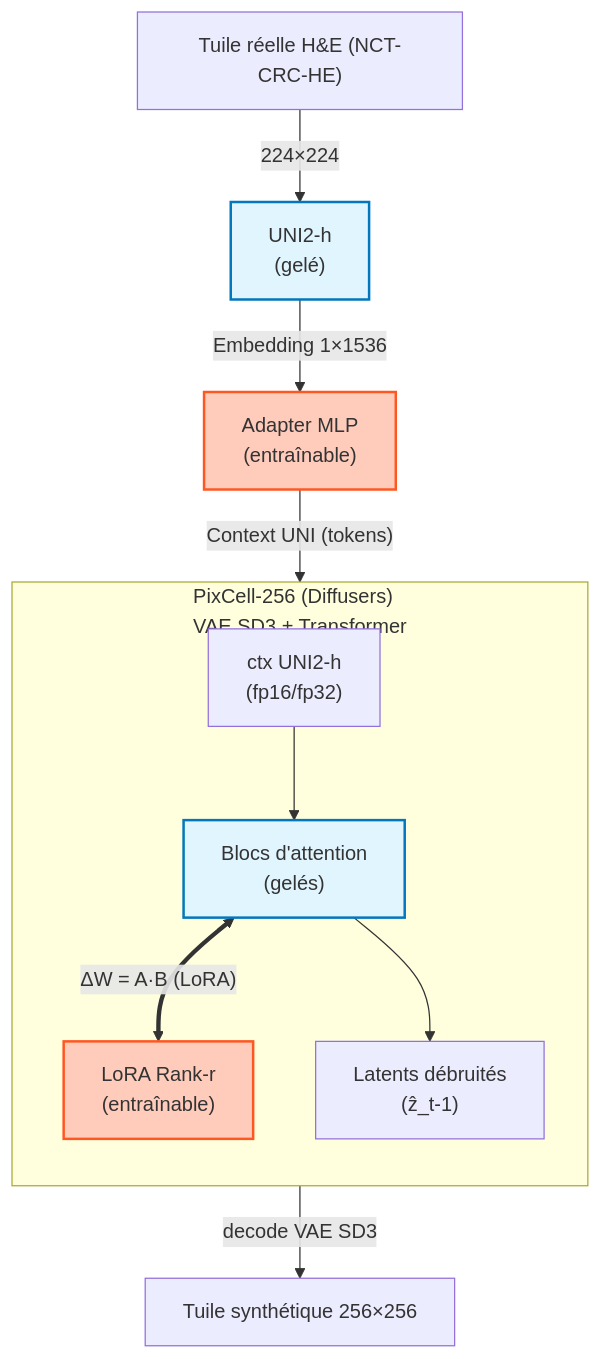
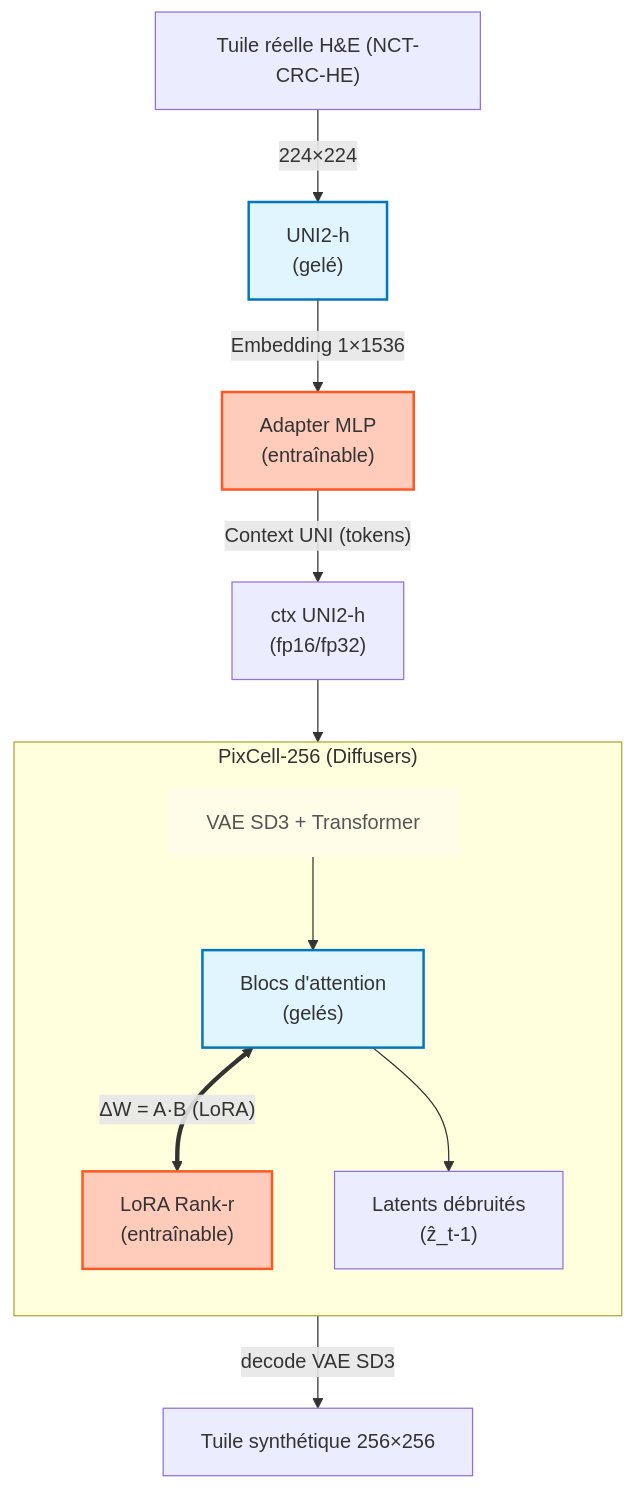
Before and after one commit to cecile-aie/poc_histopathology: the diagram in docs/Pixcell_UNI2h_trainable_README.md, drawn with Mermaid.

Commit message:
Update README with PixCell block details

````diff
--- a/docs/Pixcell_UNI2h_trainable_README.md
+++ b/docs/Pixcell_UNI2h_trainable_README.md
@@ -18,27 +18,39 @@
 ```mermaid
 graph TD
     %% Entrée
     Input["Tuile réelle H&E (NCT-CRC-HE)"] -->|"224×224"| UNI["UNI2-h<br/>(gelé)"]
 
     %% UNI
     style UNI fill:#e1f5fe,stroke:#0277bd,stroke-width:2px
 
     UNI -->|"Embedding 1×1536"| ADAPT["Adapter MLP<br/>(entraînable)"]
     style ADAPT fill:#ffccbc,stroke:#ff5722,stroke-width:2px
 
     ADAPT -->|"Context UNI (tokens)"| CTX["ctx UNI2-h<br/>(fp16/fp32)"]
 
     %% Bloc PixCell
-    subgraph PIXCELL ["PixCell-256 (Diffusers)<br/>VAE SD3 + Transformer"]
+    subgraph PIXCELL ["PixCell-256 (Diffusers)"]
         direction TB
-        CTX --> ATT["Blocs d'attention<br/>(gelés)"]
+
+        %% <<< label interne en haut du bloc >>>
+        NOTE["VAE SD3 + Transformer"]
+        style NOTE fill:#fffde7,stroke:#fffde7,color:#555
+
+        ATT["Blocs d'attention<br/>(gelés)"]
         style ATT fill:#e1f5fe,stroke:#0277bd,stroke-width:2px
 
         ATT <==>|"ΔW = A·B (LoRA)"| LORA["LoRA Rank-r<br/>(entraînable)"]
         style LORA fill:#ffccbc,stroke:#ff5722,stroke-width:2px
 
         ATT --> LAT["Latents débruités<br/>(ẑ_t-1)"]
+
+        %% force NOTE à rester au-dessus d'ATT
+        NOTE --> ATT
     end
 
+    %% liaison entrée PixCell
+    CTX --> ATT
+
     LAT -->|"decode VAE SD3"| OUT["Tuile synthétique 256×256"]
+
 ```
````
